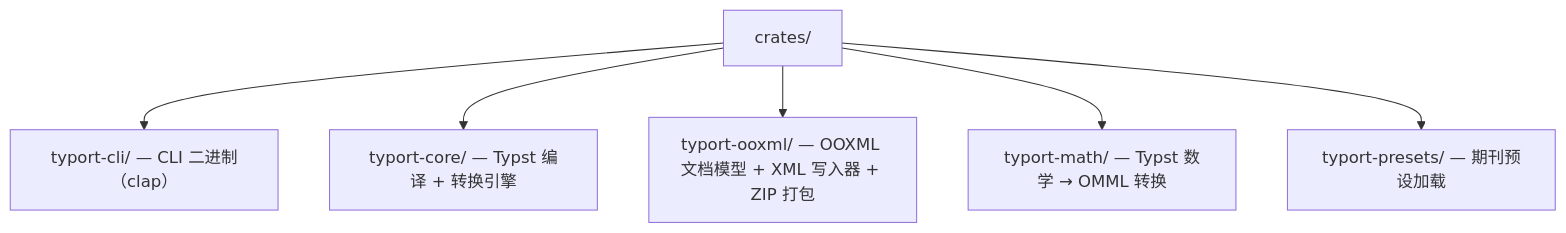
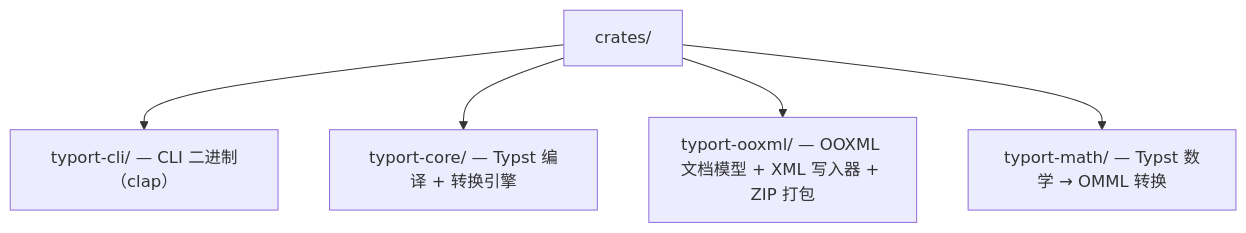
Before and after one commit to kwadraten/tydocx: the second of 2 diagrams in README.zh-CN.md, drawn with Mermaid. The commit also changed other lines of this file and 11 other files, not shown here.

First line of the commit message:
chore: remove typort-presets entirely

````diff
--- a/README.zh-CN.md
+++ b/README.zh-CN.md
@@ -77,8 +76,7 @@
 ```mermaid
 flowchart TD
     CRATES["crates/"] --> CLI["typort-cli/ — CLI 二进制（clap）"]
     CRATES --> CORE["typort-core/ — Typst 编译 + 转换引擎"]
     CRATES --> OOXML["typort-ooxml/ — OOXML 文档模型 + XML 写入器 + ZIP 打包"]
     CRATES --> MATH["typort-math/ — Typst 数学 → OMML 转换"]
-    CRATES --> PRESETS["typort-presets/ — 期刊预设加载"]
 ```
````
